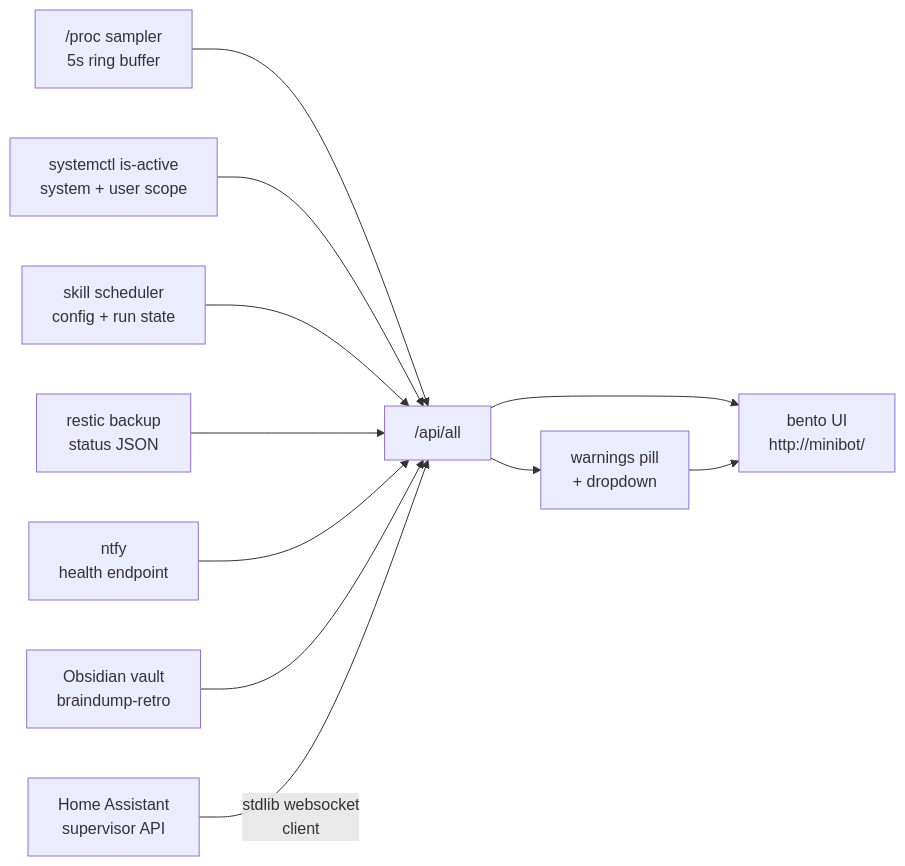
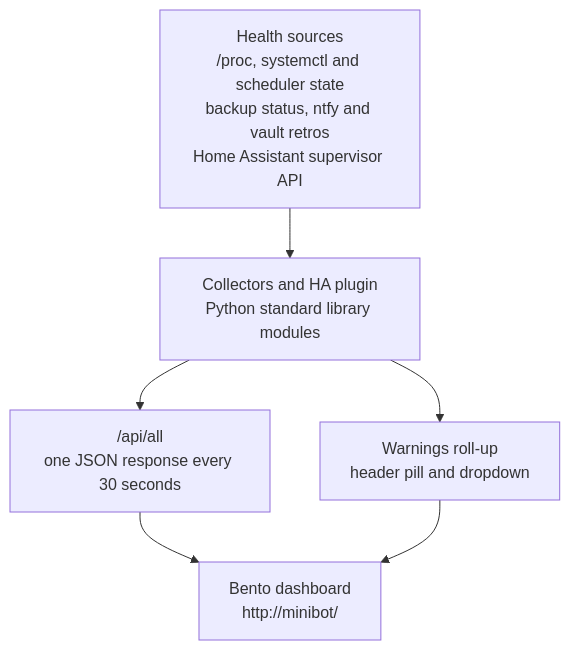
One commit to hoombar/benpearson.dev changed the diagram in content/writing/minibot-dashboard/index.md. Above: the diagram before and after it, drawn with Mermaid.

Commit message:
Fix minibot dashboard diagram layout

````diff
--- a/content/writing/minibot-dashboard/index.md
+++ b/content/writing/minibot-dashboard/index.md
@@ -43,14 +43,11 @@
 ```mermaid
-flowchart LR
-  proc["/proc sampler<br/>5s ring buffer"] --> api
-  sysctl["systemctl is-active<br/>system + user scope"] --> api
-  cronState["skill scheduler<br/>config + run state"] --> api
-  restic["restic backup<br/>status JSON"] --> api
-  ntfyBox["ntfy<br/>health endpoint"] --> api
-  vault["Obsidian vault<br/>braindump-retro"] --> api
-  haBox["Home Assistant<br/>supervisor API"] -- "stdlib websocket<br/>client" --> api
+flowchart TD
+  sources["Health sources<br/>/proc, systemctl and scheduler state<br/>backup status, ntfy and vault retros<br/>Home Assistant supervisor API"]
+  collectors["Collectors and HA plugin<br/>Python standard library modules"]
+  api["/api/all<br/>one JSON response every 30 seconds"]
+  warnings["Warnings roll-up<br/>header pill and dropdown"]
+  ui["Bento dashboard<br/>http://minibot/"]
 
-  api["/api/all"] --> ui["bento UI<br/>http://minibot/"]
-  api --> warn["warnings pill<br/>+ dropdown"]
-  warn --> ui
+  sources --> collectors --> api --> ui
+  collectors --> warnings --> ui
 ```
````
